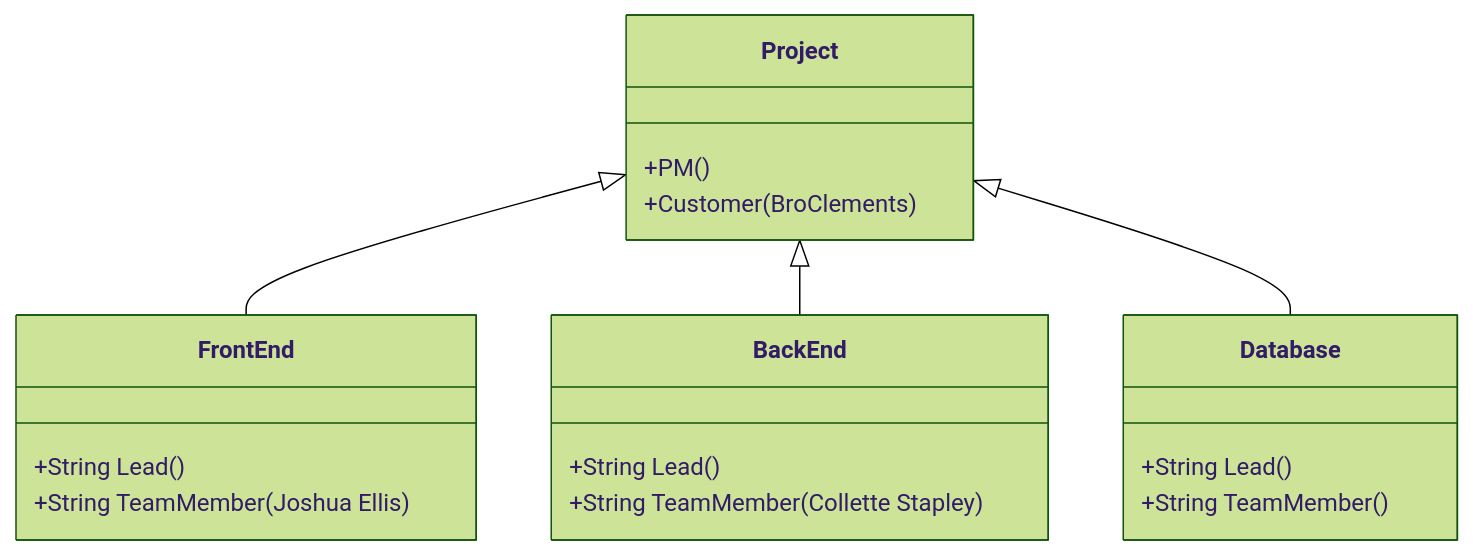
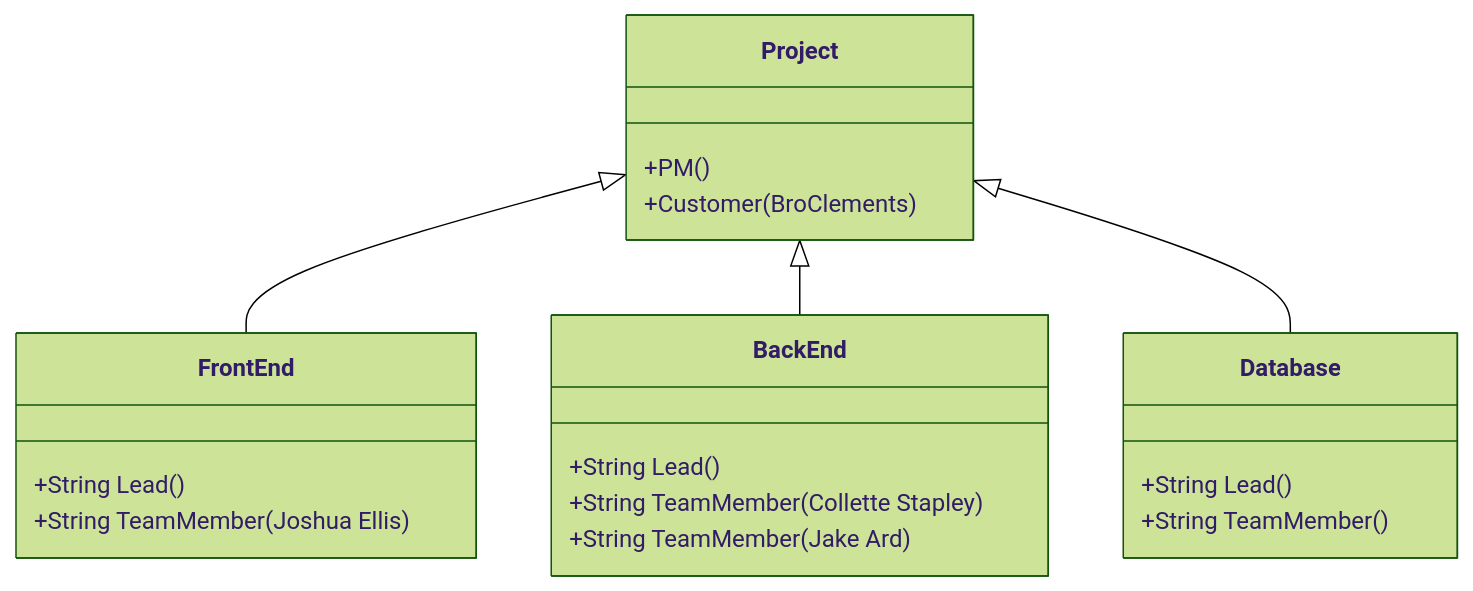
The second of 2 diagrams in project/org/OrganizationChart.md (anrj2/2024SprCSE397PCP), drawn with Mermaid (forest theme) before and after one commit. The commit also changed other lines of this file, not shown here.

````diff
--- a/project/org/OrganizationChart.md
+++ b/project/org/OrganizationChart.md
@@ -26,22 +26,23 @@
 ```mermaid
 classDiagram
       Project <|-- FrontEnd
       Project <|-- BackEnd
       Project <|-- Database
       Project : +PM()
       Project : +Customer(BroClements)
       class FrontEnd{
           +String Lead()
           +String TeamMember(Joshua Ellis)
 
       }
       class BackEnd{
           +String Lead()
           +String TeamMember(Collette Stapley)
+          +String TeamMember(Jake Ard)
 
       }
       class Database{
           +String Lead()
           +String TeamMember()
       }
 ```
````
